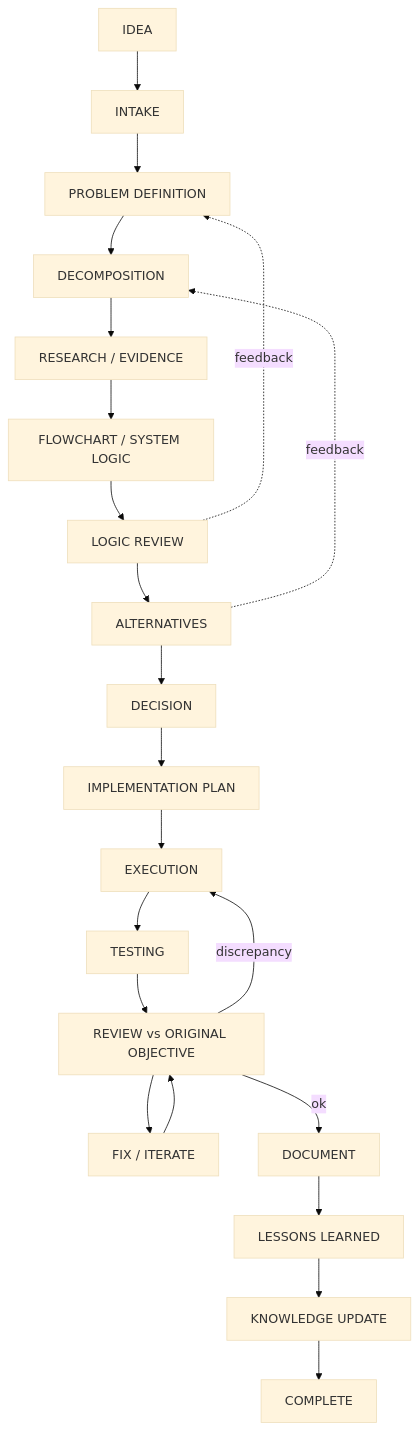
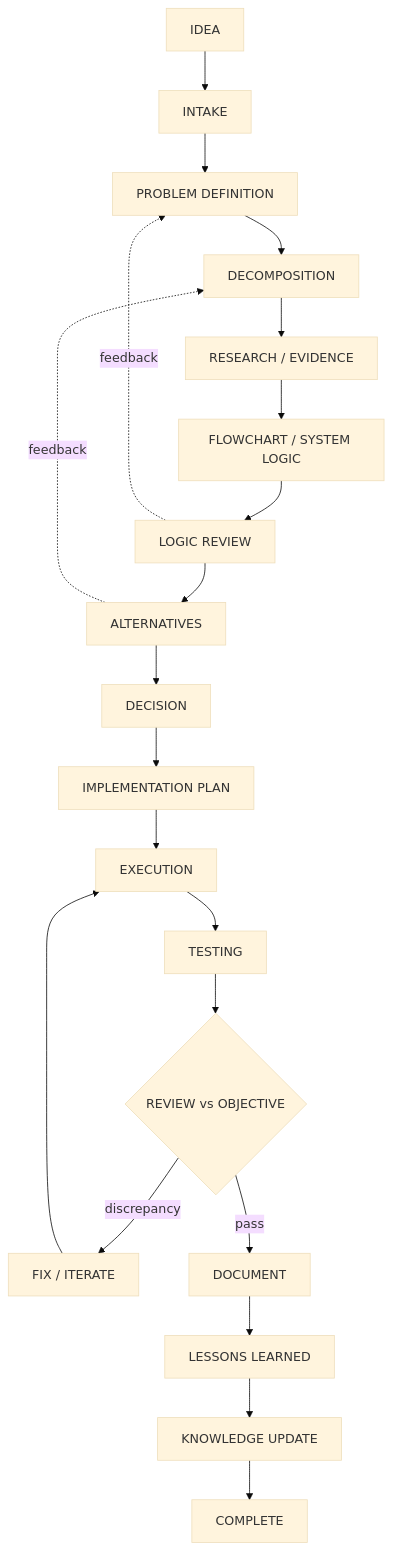
One commit to omar-hesham/omar_os changed the diagram in docs/WORKFLOW.md. Above: the diagram before and after it, drawn with Mermaid (base theme). The commit also changed other lines of this file and 16 other files, not shown here.

````diff
--- a/docs/WORKFLOW.md
+++ b/docs/WORKFLOW.md
@@ -35,24 +35,23 @@
 ```mermaid
 flowchart TD
     A[IDEA] --> B[INTAKE]
     B --> C[PROBLEM DEFINITION]
     C --> D[DECOMPOSITION]
     D --> E[RESEARCH / EVIDENCE]
     E --> F[FLOWCHART / SYSTEM LOGIC]
     F --> G[LOGIC REVIEW]
     G --> H[ALTERNATIVES]
     H --> I[DECISION]
     I --> J[IMPLEMENTATION PLAN]
     J --> K[EXECUTION]
     K --> L[TESTING]
-    L --> M[REVIEW vs ORIGINAL OBJECTIVE]
-    M -->|discrepancy| K
-    M --> N[FIX / ITERATE]
-    N --> M
-    M -->|ok| O[DOCUMENT]
+    L --> M{REVIEW vs OBJECTIVE}
+    M -->|discrepancy| N[FIX / ITERATE]
+    N --> K
+    M -->|pass| O[DOCUMENT]
     O --> P[LESSONS LEARNED]
     P --> Q[KNOWLEDGE UPDATE]
     Q --> R[COMPLETE]
     G -. feedback .-> C
     H -. feedback .-> D
 ```
````
